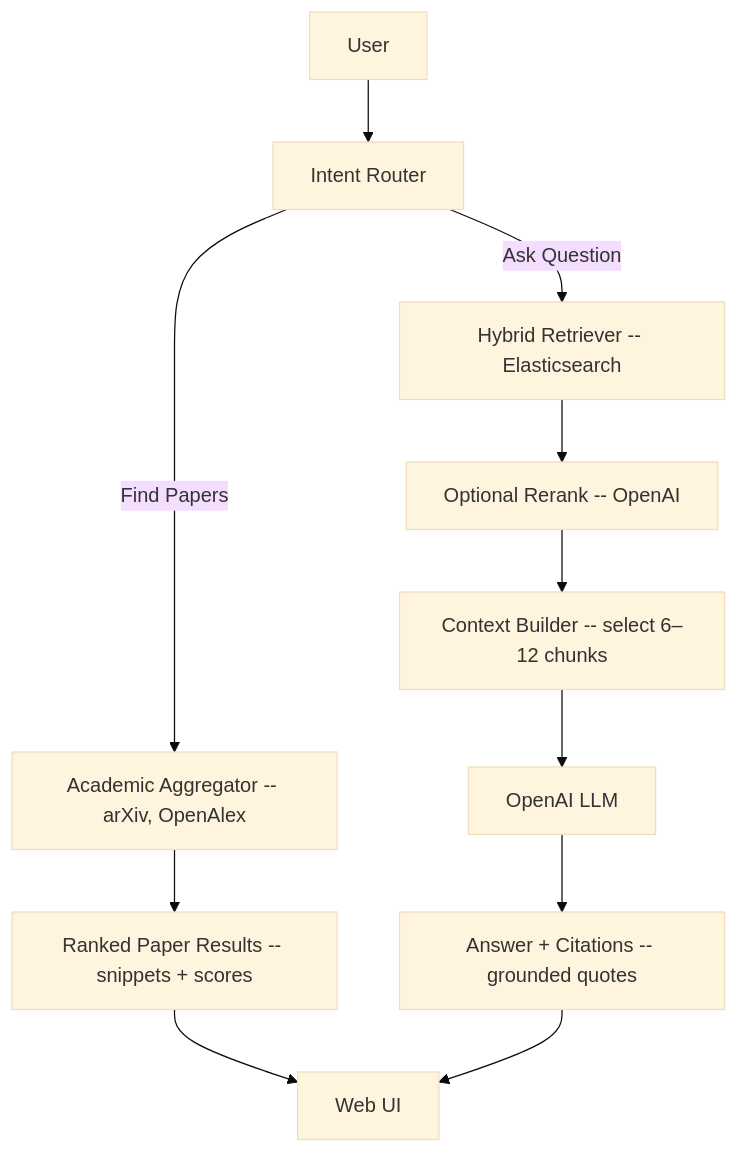
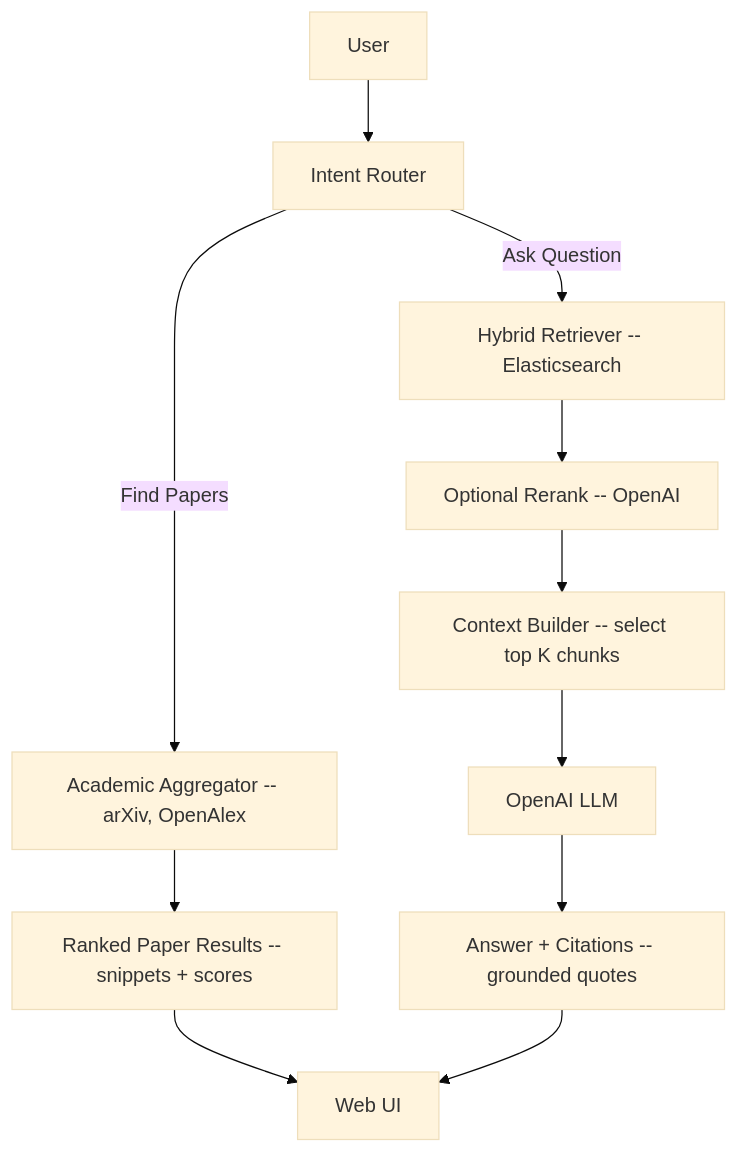
One commit to DatTruonggg/paper-search-engine changed the first of 2 diagrams in docs/workflow/README.md. Above: the diagram before and after it, drawn with Mermaid (base theme).

````diff
--- a/docs/workflow/README.md
+++ b/docs/workflow/README.md
@@ -5,15 +5,15 @@
 ```mermaid
 flowchart TD
   U[User] --> R[Intent Router]
   R -->|Find Papers| AGG[Academic Aggregator -- arXiv, OpenAlex]
   AGG --> SR[Ranked Paper Results -- snippets + scores]
 
   R -->|Ask Question| RET[Hybrid Retriever -- Elasticsearch]
   RET --> RR[Optional Rerank -- OpenAI]
-  RR --> CT[Context Builder -- select 6–12 chunks]
+  RR --> CT[Context Builder -- select top K chunks]
   CT --> GEN[OpenAI LLM]
   GEN --> ANS[Answer + Citations -- grounded quotes]
 
   SR --> UI[Web UI]
   ANS --> UI
 ```
````
